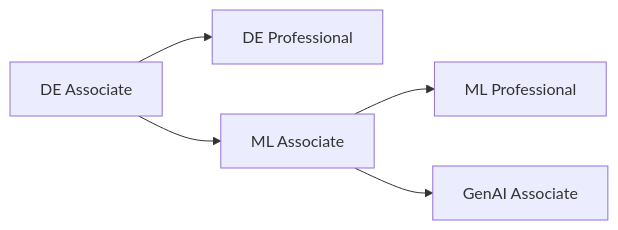
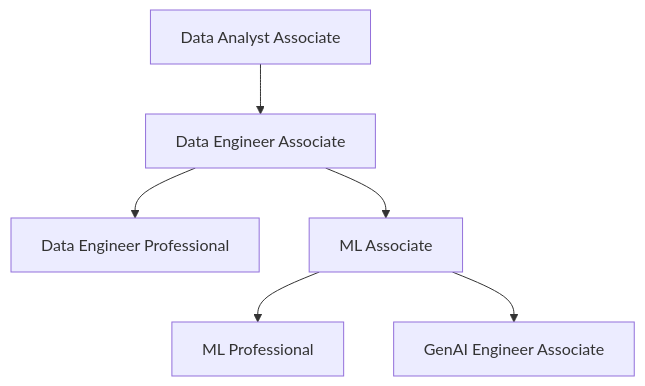
Before and after one commit to kengio/databricks-certification-study-guide: the diagram in README.md, drawn with Mermaid.

Commit message:
docs: Update certification paths diagram for clarity and accuracy

````diff
--- a/README.md
+++ b/README.md
@@ -35,7 +35,9 @@
 ```mermaid
-graph LR
-    DEA[DE Associate] --> DEP[DE Professional]
+graph TD
+    DEA[Data Engineer Associate] --> DEP[Data Engineer Professional]
+    DAA[Data Analyst Associate] --> DEA
     MLA[ML Associate] --> MLP[ML Professional]
     DEA --> MLA
-    MLA --> GAIA[GenAI Associate]
+    GAIA[GenAI Engineer Associate]
+    MLA --> GAIA
 ```
````
